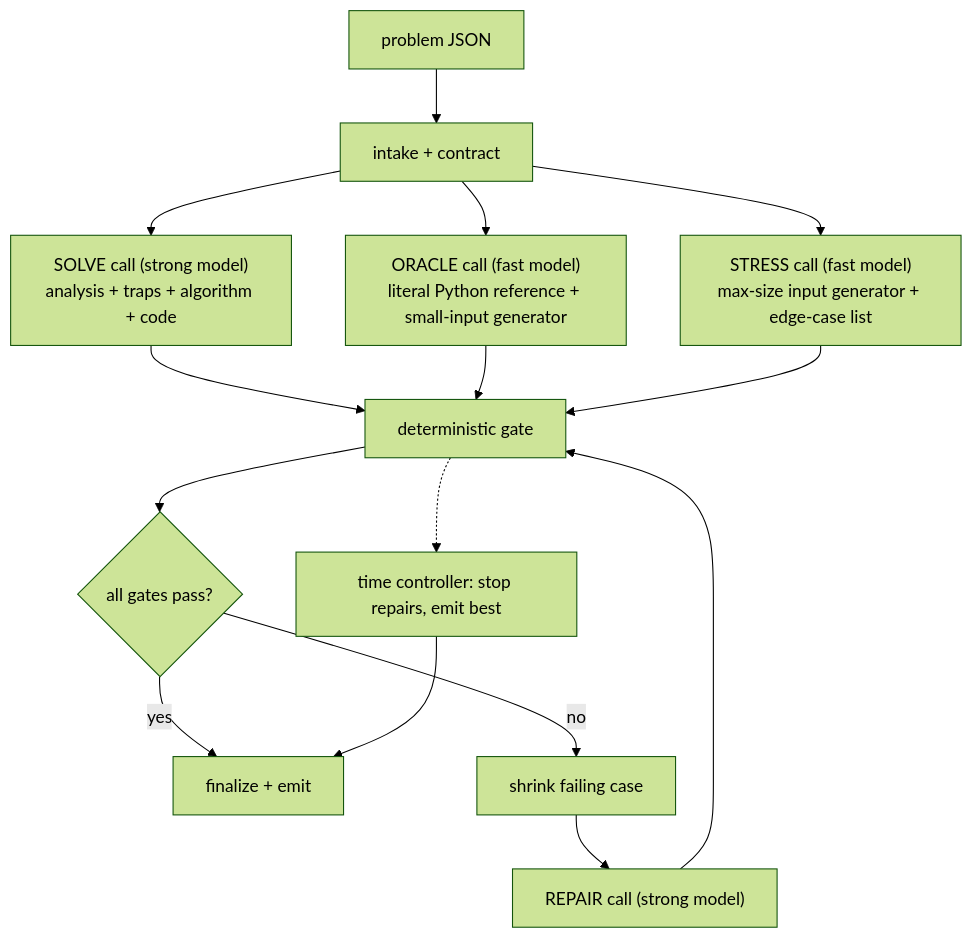
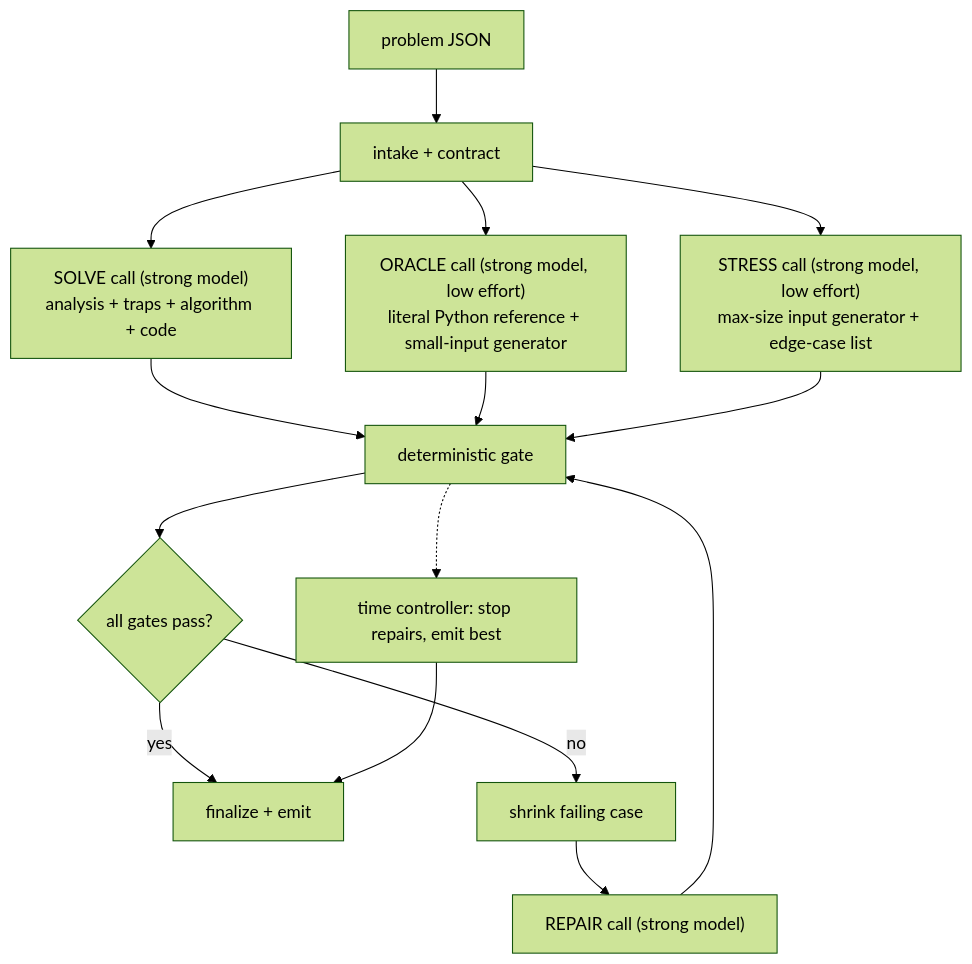
One commit to adanramzan/ChallengeBox changed the diagram in ChallengeBox-Agent-Architecture.md. Above: the diagram before and after it, drawn with Mermaid (forest theme). The commit also changed other lines of this file and 3 other files, not shown here.

````diff
--- a/ChallengeBox-Agent-Architecture.md
+++ b/ChallengeBox-Agent-Architecture.md
@@ -81,17 +81,17 @@
 ```mermaid
 flowchart TD
     A["problem JSON"] --> B["intake + contract"]
     B --> C1["SOLVE call (strong model)<br/>analysis + traps + algorithm + code"]
-    B --> C2["ORACLE call (fast model)<br/>literal Python reference + small-input generator"]
-    B --> C3["STRESS call (fast model)<br/>max-size input generator + edge-case list"]
+    B --> C2["ORACLE call (strong model, low effort)<br/>literal Python reference + small-input generator"]
+    B --> C3["STRESS call (strong model, low effort)<br/>max-size input generator + edge-case list"]
     C1 --> G["deterministic gate"]
     C2 --> G
     C3 --> G
     G --> H{"all gates pass?"}
     H -- yes --> K["finalize + emit"]
     H -- no --> S["shrink failing case"]
     S --> R["REPAIR call (strong model)"]
     R --> G
     G -.-> T["time controller: stop repairs, emit best"]
     T --> K
 ```
````
